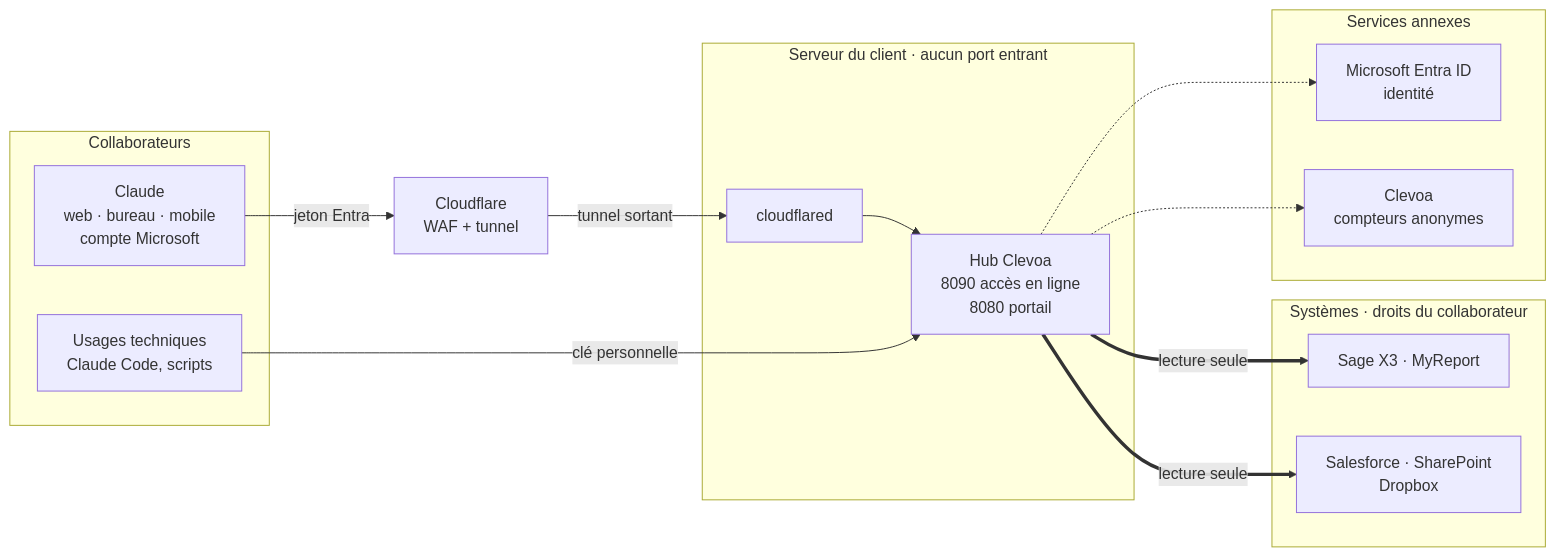
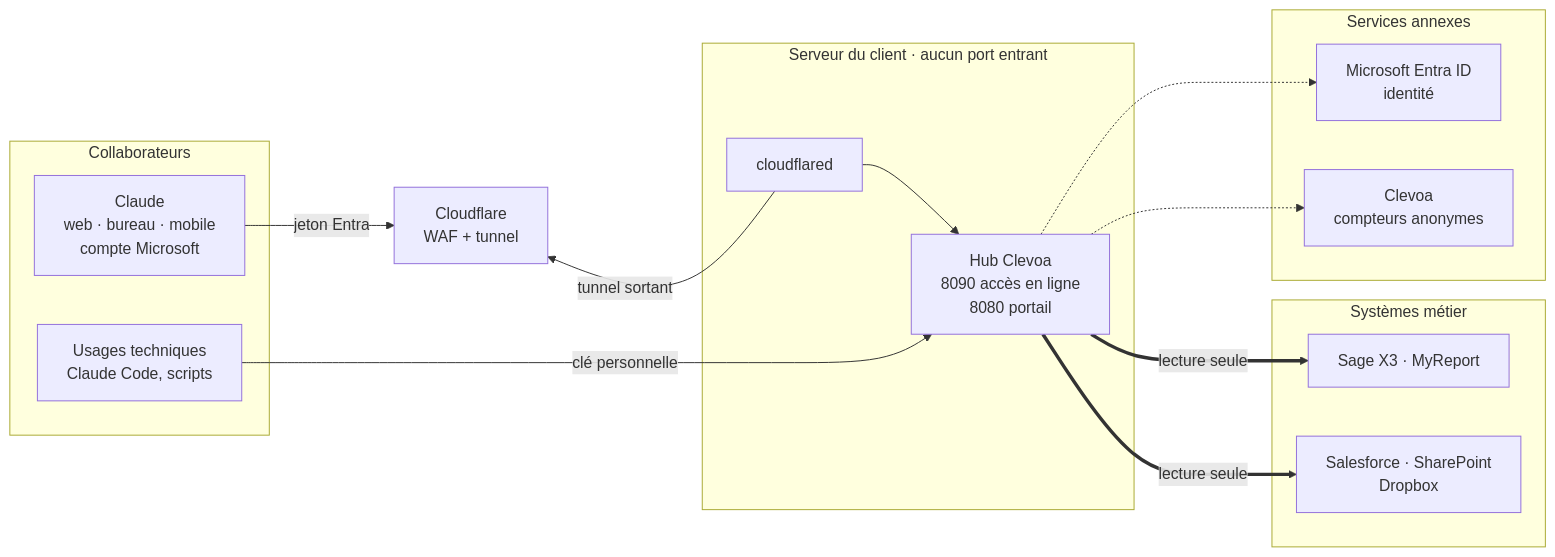
The diagram in docs/developer/architecture.md (sirkazey/Clevoa-IA-gateway), drawn with Mermaid before and after one commit. The commit also changed other lines of this file, not shown here.

Commit message:
Architecture : flèche du tunnel dans le bon sens (connexion sortante depuis le serveur)
Claude-Session: https://claude.ai/code/session_015c52nDZLyGDrQucef8cRgA

````diff
--- a/docs/developer/architecture.md
+++ b/docs/developer/architecture.md
@@ -11,27 +11,33 @@
 ```mermaid
 flowchart LR
     subgraph U["Collaborateurs"]
         W["Claude<br/>web · bureau · mobile<br/>compte Microsoft"]
         D["Usages techniques<br/>Claude Code, scripts"]
     end
     T["Cloudflare<br/>WAF + tunnel"]
     subgraph CL["Serveur du client · aucun port entrant"]
         CD["cloudflared"]
         H["Hub Clevoa<br/>8090 accès en ligne<br/>8080 portail"]
     end
-    subgraph S["Systèmes · droits du collaborateur"]
+    subgraph S["Systèmes métier"]
         X3["Sage X3 · MyReport"]
         SA["Salesforce · SharePoint<br/>Dropbox"]
     end
     subgraph EXT["Services annexes"]
         E["Microsoft Entra ID<br/>identité"]
         CV["Clevoa<br/>compteurs anonymes"]
     end
 
-    W -->|"jeton Entra"| T -->|"tunnel sortant"| CD --> H
+    W -->|"jeton Entra"| T
+    %% liens invisibles : gardent Cloudflare à gauche du serveur malgré la flèche sortante
+    T ~~~ CD
+    T ~~~ CD
+    T ~~~ CD
+    CD -->|"tunnel sortant"| T
+    CD --> H
     D -->|"clé personnelle"| H
     H ==>|"lecture seule"| X3
     H ==>|"lecture seule"| SA
     H -.-> E
     H -.-> CV
 ```
````
